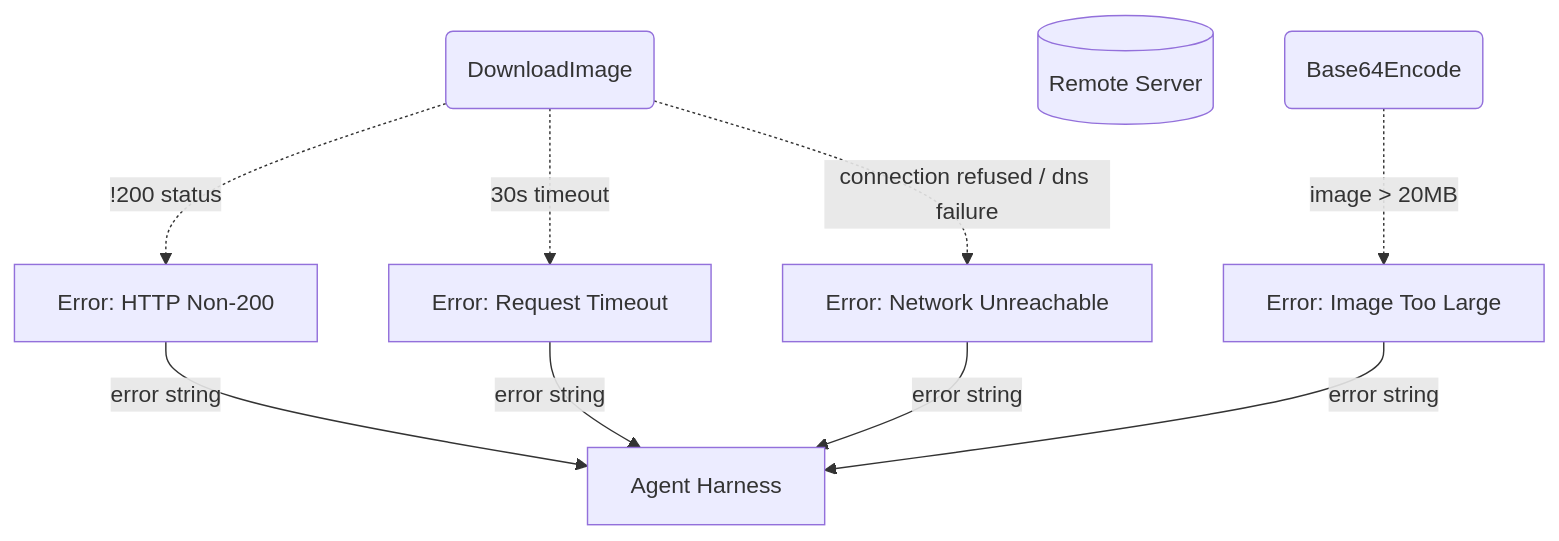
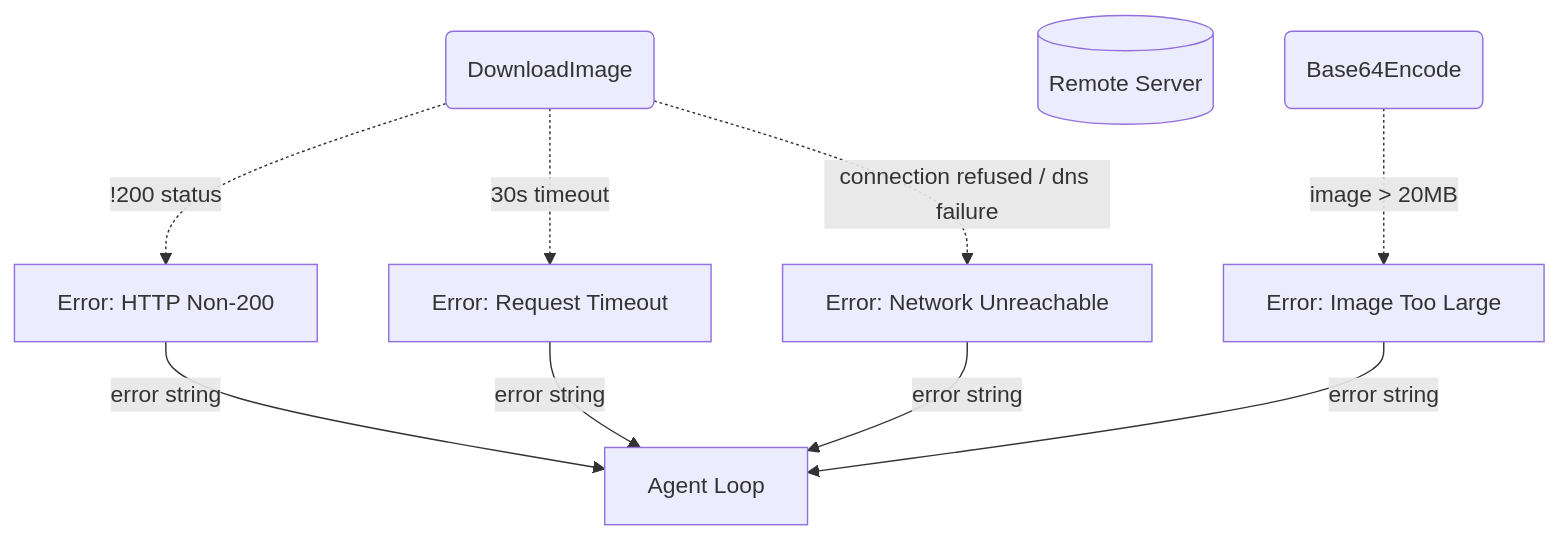
The second of 3 diagrams in _dfds/tools/vision.md (cosmoswafer/rockbot), drawn with Mermaid before and after one commit. The commit also changed other lines of this file and 4 other files, not shown here.

First line of the commit message:
fix(edit-soul): mermaid parse error — unquoted <br/> inside [] label

````diff
--- a/_dfds/tools/vision.md
+++ b/_dfds/tools/vision.md
@@ -69,20 +68,20 @@
 ```mermaid
 flowchart TD
-    HTTP_DL(DownloadImage)
+    DL(DownloadImage)
     WEB[(Remote Server)]
     ENCODE(Base64Encode)
     ERR_STATUS[Error: HTTP Non-200]
     ERR_TIMEOUT[Error: Request Timeout]
     ERR_NET[Error: Network Unreachable]
     ERR_SIZE[Error: Image Too Large]
-    HARNESS[Agent Harness]
+    AGENT[Agent Loop]
 
-    HTTP_DL -.->|"!200 status"| ERR_STATUS
-    HTTP_DL -.->|"30s timeout"| ERR_TIMEOUT
-    HTTP_DL -.->|"connection refused / dns failure"| ERR_NET
+    DL -.->|"!200 status"| ERR_STATUS
+    DL -.->|"30s timeout"| ERR_TIMEOUT
+    DL -.->|"connection refused / dns failure"| ERR_NET
     ENCODE -.->|"image > 20MB"| ERR_SIZE
-    ERR_STATUS -->|"error string"| HARNESS
-    ERR_TIMEOUT -->|"error string"| HARNESS
-    ERR_NET -->|"error string"| HARNESS
-    ERR_SIZE -->|"error string"| HARNESS
+    ERR_STATUS -->|"error string"| AGENT
+    ERR_TIMEOUT -->|"error string"| AGENT
+    ERR_NET -->|"error string"| AGENT
+    ERR_SIZE -->|"error string"| AGENT
 ```
````
